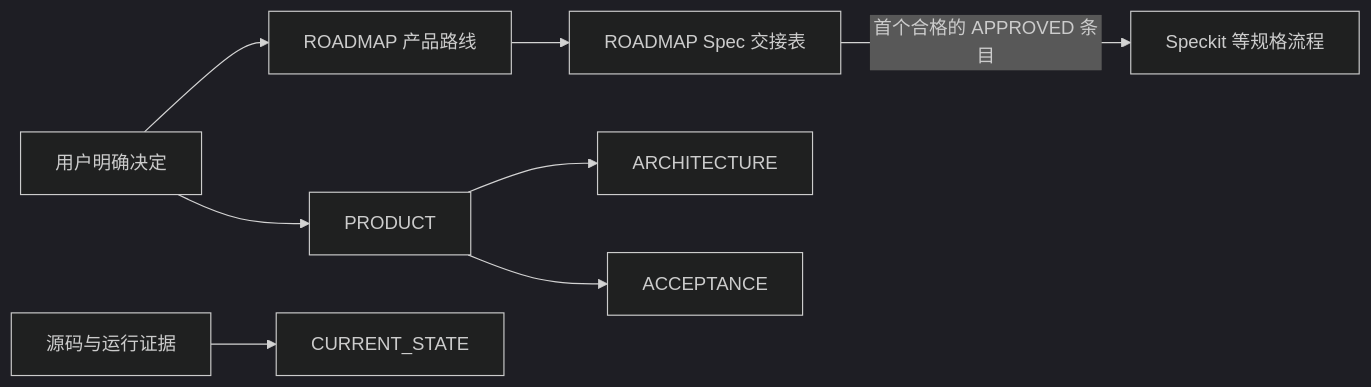
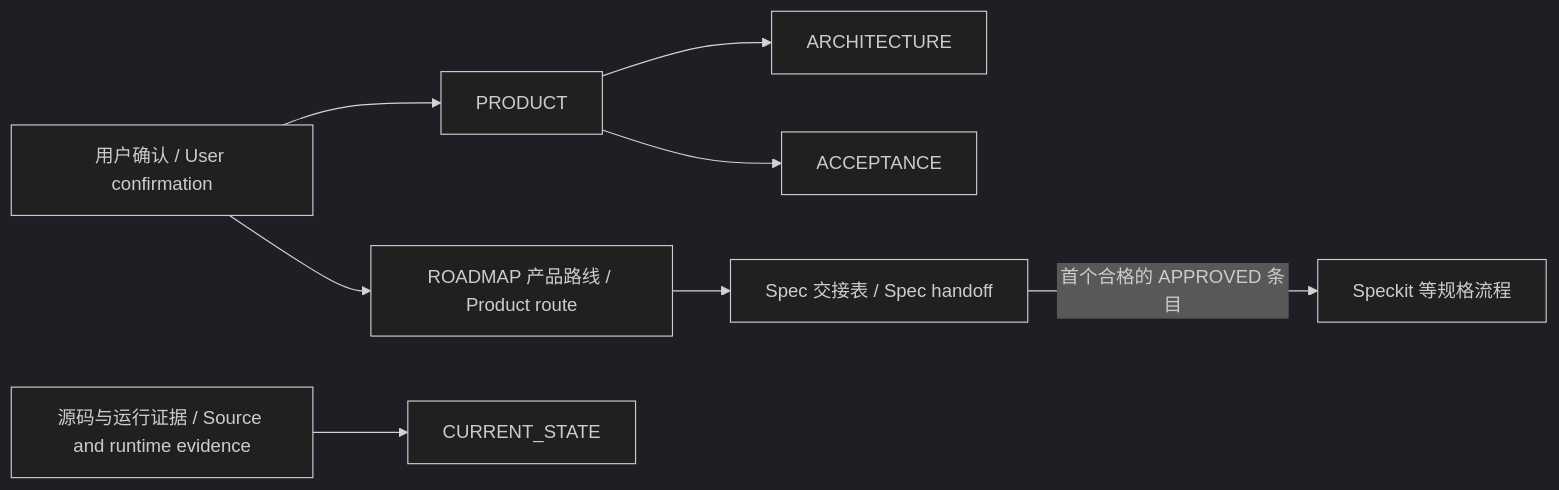
Before and after one commit to yinsang0910-star/product-canon: the diagram in README.md, drawn with Mermaid (dark theme). The commit also changed other lines of this file, not shown here.

````diff
--- a/README.md
+++ b/README.md
@@ -36,10 +45,10 @@
 ```mermaid
 flowchart LR
-    U[用户明确决定] --> P[PRODUCT]
-    U --> R[ROADMAP 产品路线]
-    R --> H[ROADMAP Spec 交接表]
-    P --> A[ARCHITECTURE]
-    P --> C[ACCEPTANCE]
-    E[源码与运行证据] --> S[CURRENT_STATE]
-    H -->|首个合格的 APPROVED 条目| K[Speckit 等规格流程]
+    U["用户确认 / User confirmation"] --> P["PRODUCT"]
+    U --> R["ROADMAP 产品路线 / Product route"]
+    P --> A["ARCHITECTURE"]
+    P --> C["ACCEPTANCE"]
+    E["源码与运行证据 / Source and runtime evidence"] --> S["CURRENT_STATE"]
+    R --> H["Spec 交接表 / Spec handoff"]
+    H -->|"首个合格的 APPROVED 条目"| K["Speckit 等规格流程"]
 ```
````
